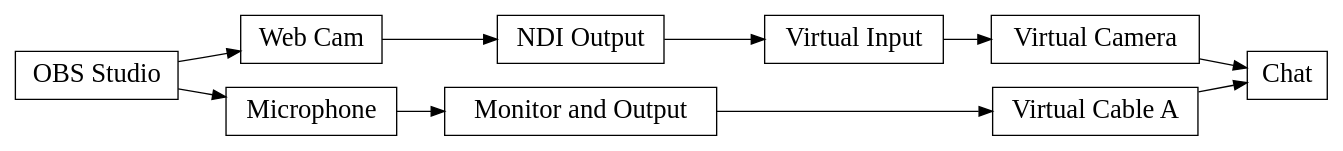
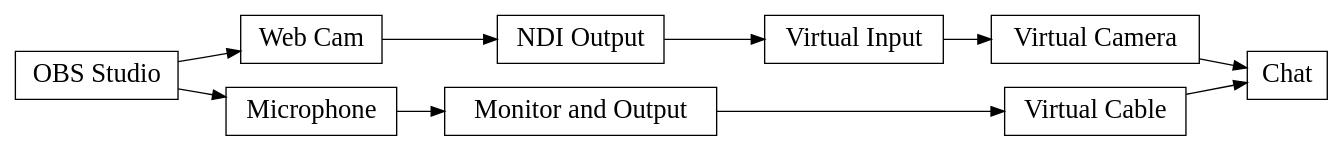
The fourth of 8 diagrams in obs-studio/obs-diagram.org (NapoleonWils0n/cerberus), drawn with Graphviz before and after one commit. The commit also changed other lines of this file, not shown here.

Commit message:
obs diagram

```diff
--- a/obs-studio/obs-diagram.org
+++ b/obs-studio/obs-diagram.org
@@ -89,30 +89,30 @@
 #+BEGIN_SRC dot :file ndi-camera-virtual-audio.png :cmdline -Kdot -Tpng
 digraph {
 // graph from left to right
 rankdir=LR;
 splines=true;
 node [shape=box fontname="Sans serif" fontsize="20"];
 edge [style=solid];
 
 // nodes
 obs [label="OBS Studio"]
 camera [label="Web Cam"]
 mic [label="Microphone"]
 	
 monitor [label="Monitor and Output"]
-virtualcable [label="Virtual Cable A"]
+virtualcable [label="Virtual Cable"]
 	     
 ndi [label="NDI Output"]
 virtualinput [label="Virtual Input"]
 virtualcamera [label="Virtual Camera"]
 
 chat [label="Chat"]
 
 // graph
 obs -> {camera mic};
 mic -> monitor -> virtualcable;
 camera -> ndi -> virtualinput;
 virtualinput -> virtualcamera -> chat
 virtualcable -> chat
 }
 #+END_SRC
```
